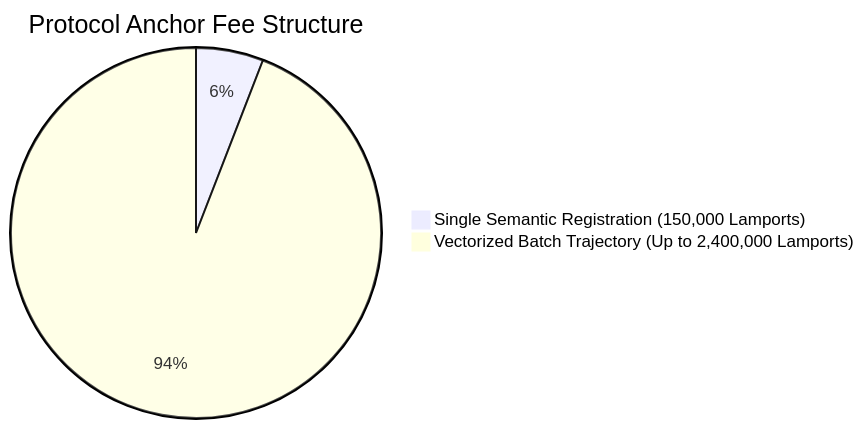
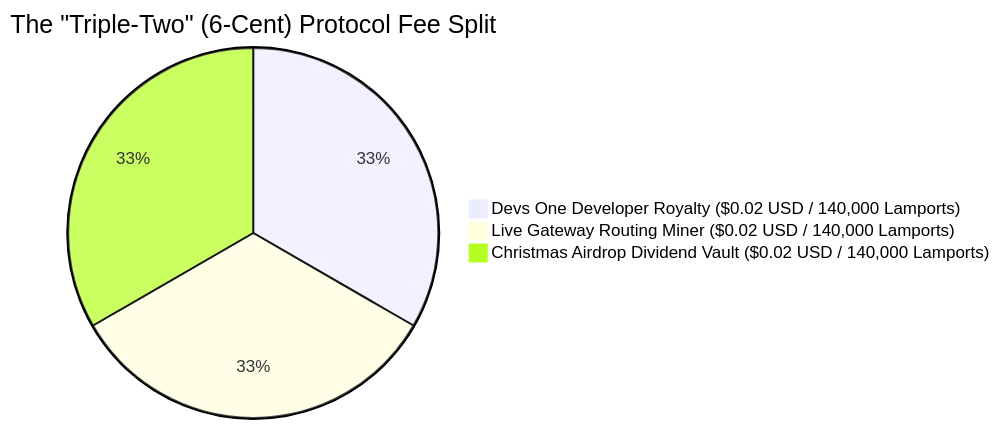
One commit to DannyB-bit/zymatica-kernel changed the fourth of 4 diagrams in crates/zymatica-language-u/02_Cuneiform_U_Hypercube_Yin/WHITEPAPER.md. Above: the diagram before and after it, drawn with Mermaid. The commit also changed other lines of this file and 4 other files, not shown here.

Commit message:
docs(tokenomics): finalize Triple-Two 6-Cent tokenomics (2c Devs One royalty, 2c live gateway routing, 2c untouchable Christmas airdrop vault)

````diff
--- a/crates/zymatica-language-u/02_Cuneiform_U_Hypercube_Yin/WHITEPAPER.md
+++ b/crates/zymatica-language-u/02_Cuneiform_U_Hypercube_Yin/WHITEPAPER.md
@@ -227,5 +227,6 @@
 ```mermaid
-pie title Protocol Anchor Fee Structure
-    "Single Semantic Registration (150,000 Lamports)" : 150000
-    "Vectorized Batch Trajectory (Up to 2,400,000 Lamports)" : 2400000
+pie title The "Triple-Two" (6-Cent) Protocol Fee Split
+    "Devs One Developer Royalty ($0.02 USD / 140,000 Lamports)" : 33.33
+    "Live Gateway Routing Miner ($0.02 USD / 140,000 Lamports)" : 33.33
+    "Christmas Airdrop Dividend Vault ($0.02 USD / 140,000 Lamports)" : 33.33
 ```
````
